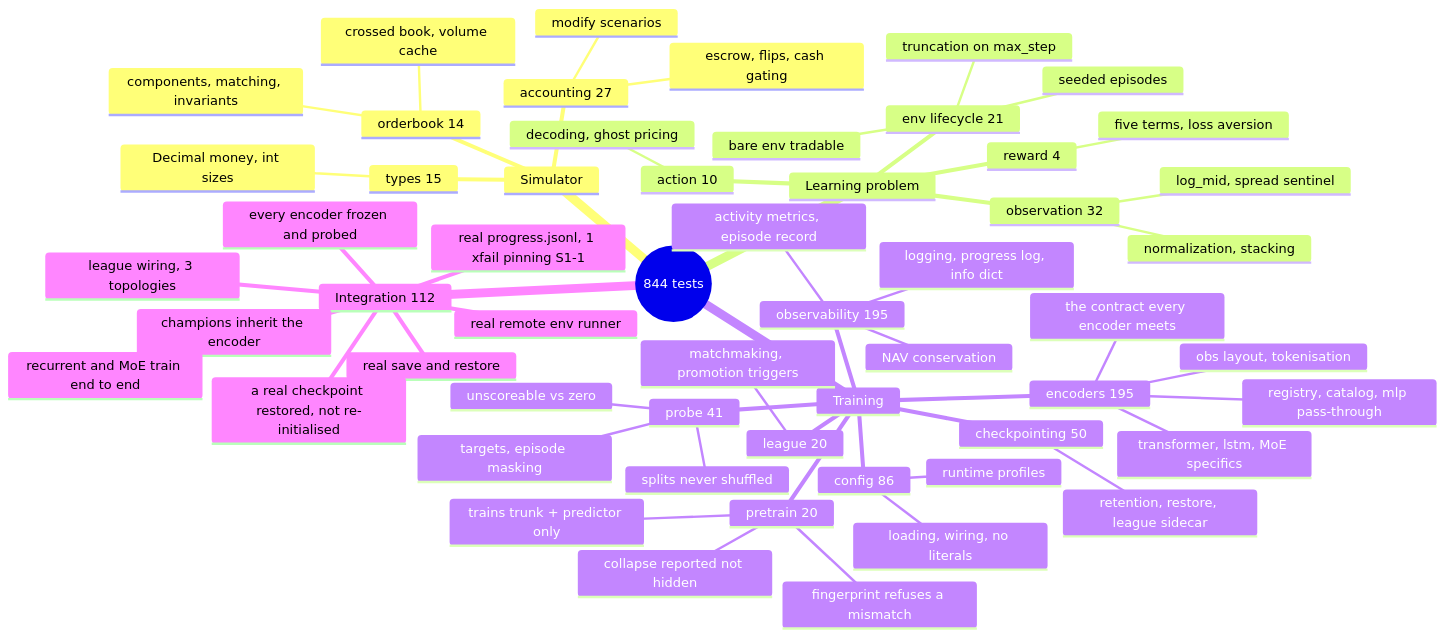
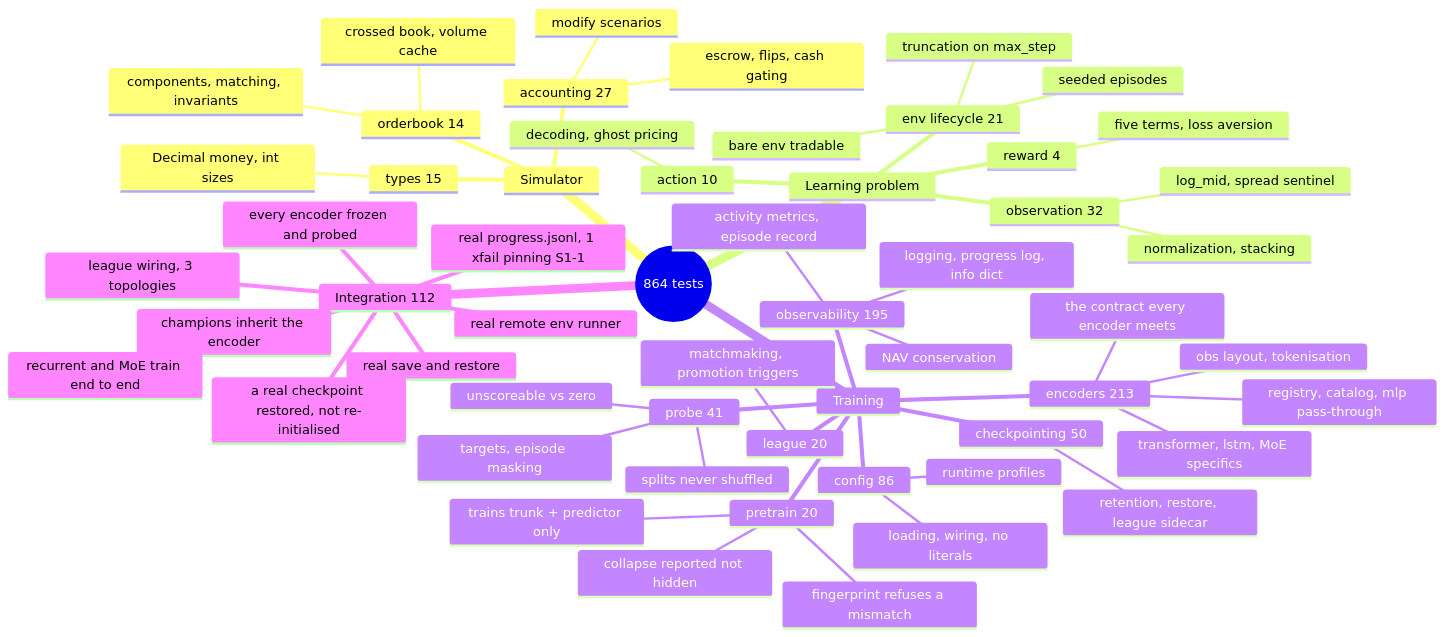
One commit to ChuaCheowHuan/gym-continuousDoubleAuction changed the diagram in doc/10_testing.md. Above: the diagram before and after it, drawn with Mermaid. The commit also changed other lines of this file and 10 other files, not shown here.

````diff
--- a/doc/10_testing.md
+++ b/doc/10_testing.md
@@ -110,59 +110,59 @@
 ```mermaid
 mindmap
-  root((844 tests))
+  root((864 tests))
     Simulator
       orderbook 14
         components, matching, invariants
         crossed book, volume cache
       accounting 27
         escrow, flips, cash gating
         modify scenarios
       types 15
         Decimal money, int sizes
     Learning problem
       observation 32
         normalization, stacking
         log_mid, spread sentinel
       action 10
         decoding, ghost pricing
       reward 4
         five terms, loss aversion
       env lifecycle 21
         bare env tradable
         truncation on max_step
         seeded episodes
     Training
       config 86
         loading, wiring, no literals
         runtime profiles
       checkpointing 50
         retention, restore, league sidecar
       league 20
         matchmaking, promotion triggers
-      encoders 195
+      encoders 213
         registry, catalog, mlp pass-through
         obs layout, tokenisation
         the contract every encoder meets
         transformer, lstm, MoE specifics
       observability 195
         logging, progress log, info dict
         activity metrics, episode record
         NAV conservation
       probe 41
         targets, episode masking
         splits never shuffled
         unscoreable vs zero
       pretrain 20
         trains trunk + predictor only
         collapse reported not hidden
         fingerprint refuses a mismatch
     Integration 112
       league wiring, 3 topologies
       real save and restore
       real progress.jsonl, 1 xfail pinning S1-1
       real remote env runner
       champions inherit the encoder
       recurrent and MoE train end to end
       every encoder frozen and probed
       a real checkpoint restored, not re-initialised
 ```
````
